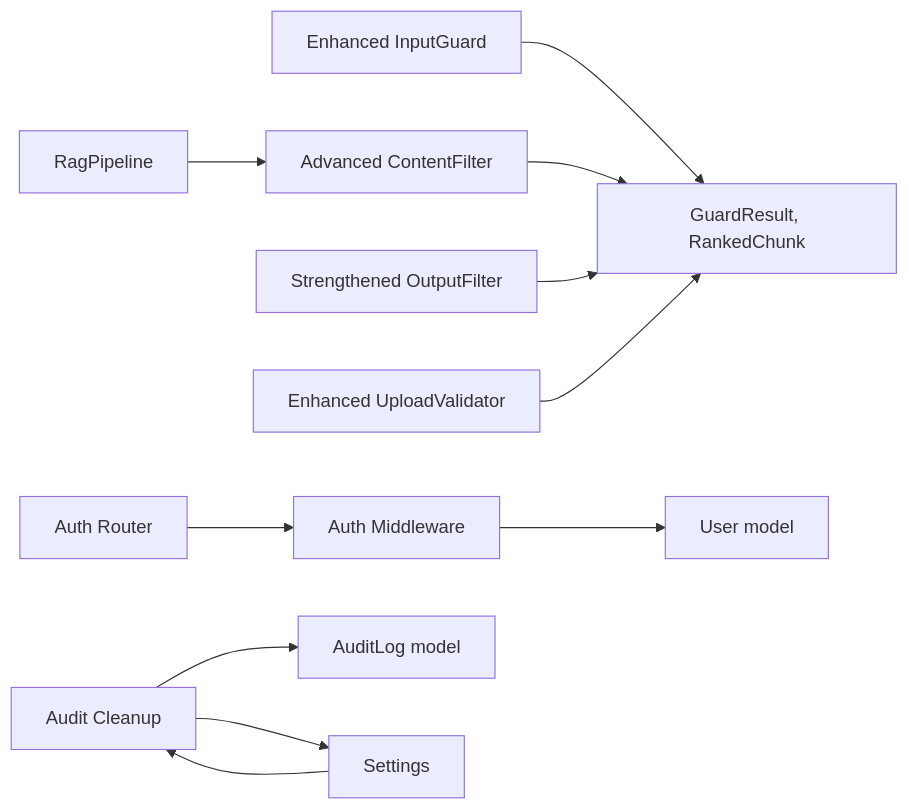
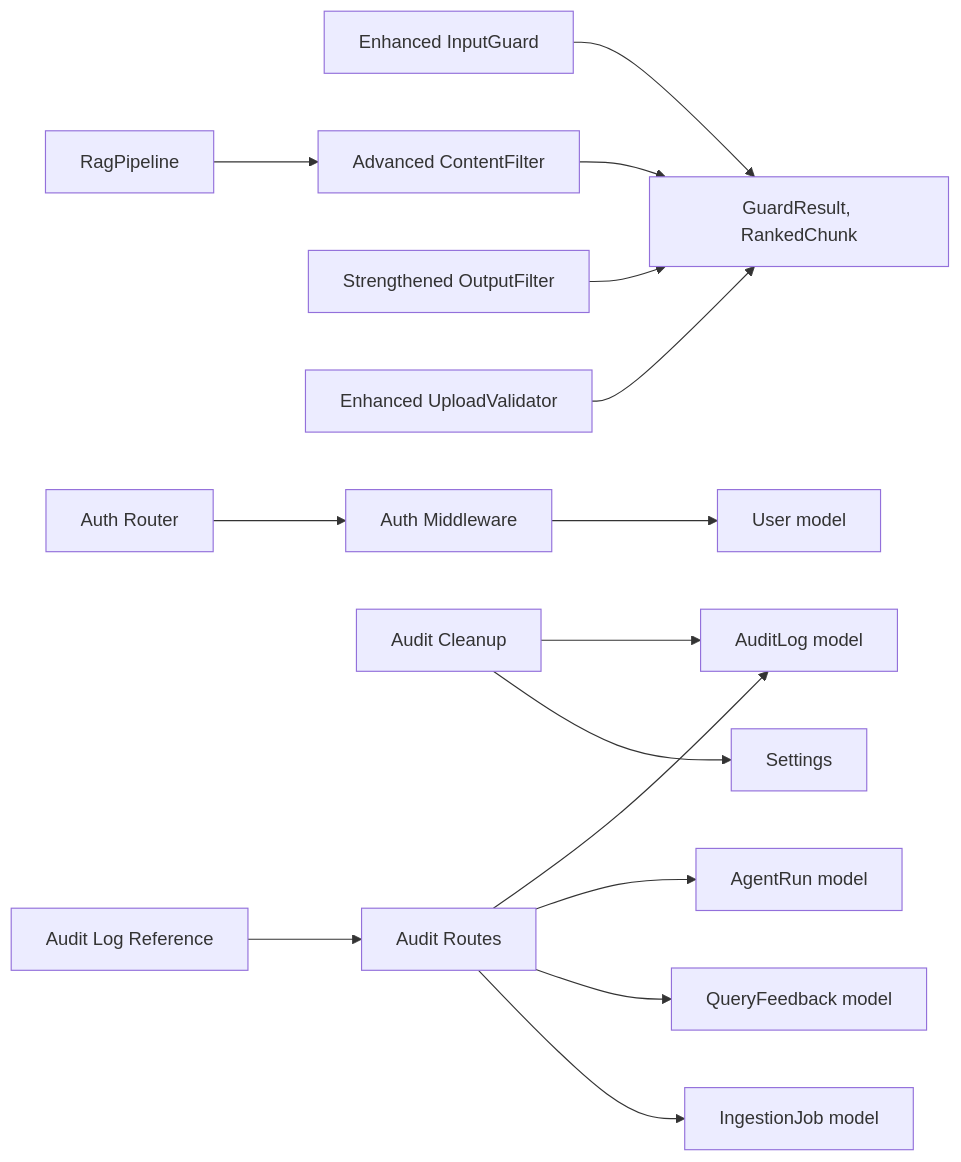
One commit to genes8/private-ai changed the ninth of 9 diagrams in .qoder/repowiki/en/content/Security and Compliance/Security and Compliance.md. Above: the diagram before and after it, drawn with Mermaid. The commit also changed other lines of this file and 36 other files, not shown here.

````diff
--- a/.qoder/repowiki/en/content/Security and Compliance/Security and Compliance.md
+++ b/.qoder/repowiki/en/content/Security and Compliance/Security and Compliance.md
@@ -356,13 +460,17 @@
 ```mermaid
 graph LR
 IG["Enhanced InputGuard"] --> GM["GuardResult, RankedChunk"]
 CF["Advanced ContentFilter"] --> GM
 OF["Strengthened OutputFilter"] --> GM
 UV["Enhanced UploadValidator"] --> GM
 RP["RagPipeline"] --> CF
 MW["Auth Middleware"] --> DBU["User model"]
 AR["Auth Router"] --> MW
 AC["Audit Cleanup"] --> AL["AuditLog model"]
 AC --> CFG["Settings"]
-CFG --> AC
+ARF["Audit Routes"] --> AL
+ARF --> AT1["AgentRun model"]
+ARF --> AT2["QueryFeedback model"]
+ARF --> AT3["IngestionJob model"]
+ALR["Audit Log Reference"] --> ARF
 ```
````
